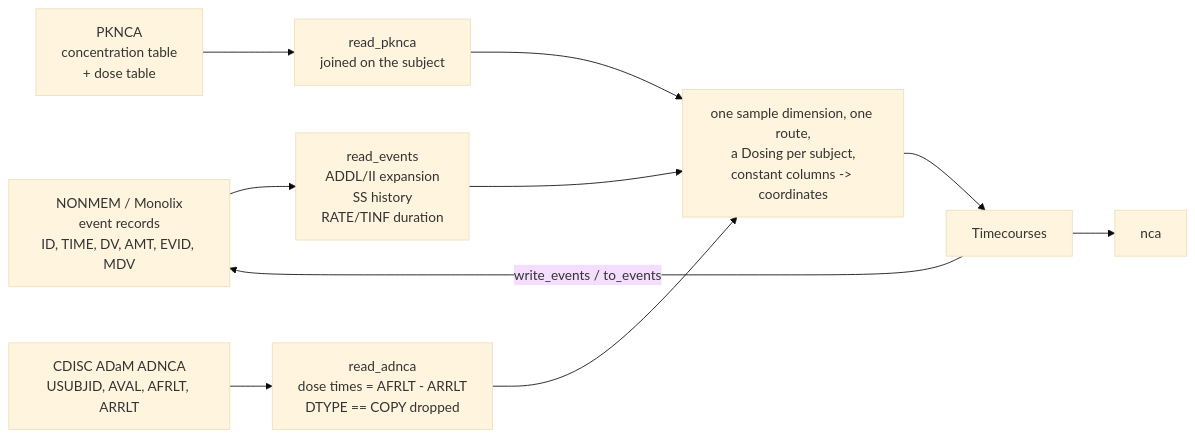
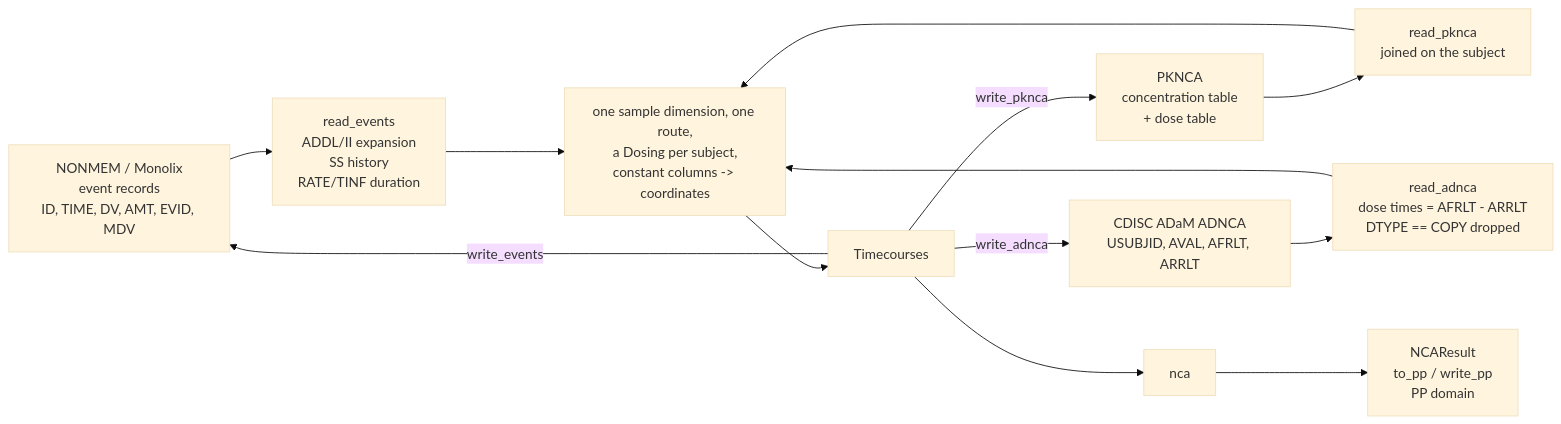
One commit to matthiaskoenig/pkpdutils changed the diagram in docs/formats.md. Above: the diagram before and after it, drawn with Mermaid (base theme). The commit also changed other lines of this file and 31 other files, not shown here.

````diff
--- a/docs/formats.md
+++ b/docs/formats.md
@@ -9,12 +9,15 @@
 ```mermaid
 flowchart LR
   EV["NONMEM / Monolix<br/>event records<br/>ID, TIME, DV, AMT, EVID, MDV"] --> RE["read_events<br/>ADDL/II expansion<br/>SS history<br/>RATE/TINF duration"]
   PK["PKNCA<br/>concentration table<br/>+ dose table"] --> RP["read_pknca<br/>joined on the subject"]
   AD["CDISC ADaM ADNCA<br/>USUBJID, AVAL, AFRLT, ARRLT"] --> RA["read_adnca<br/>dose times = AFRLT - ARRLT<br/>DTYPE == COPY dropped"]
   RE --> BB["one sample dimension, one route,<br/>a Dosing per subject,<br/>constant columns -> coordinates"]
   RP --> BB
   RA --> BB
   BB --> T["Timecourses"]
-  T -->|"write_events / to_events"| EV
+  T -->|"write_events"| EV
+  T -->|"write_pknca"| PK
+  T -->|"write_adnca"| AD
   T --> N["nca"]
+  N --> PP["NCAResult<br/>to_pp / write_pp<br/>PP domain"]
 ```
````
